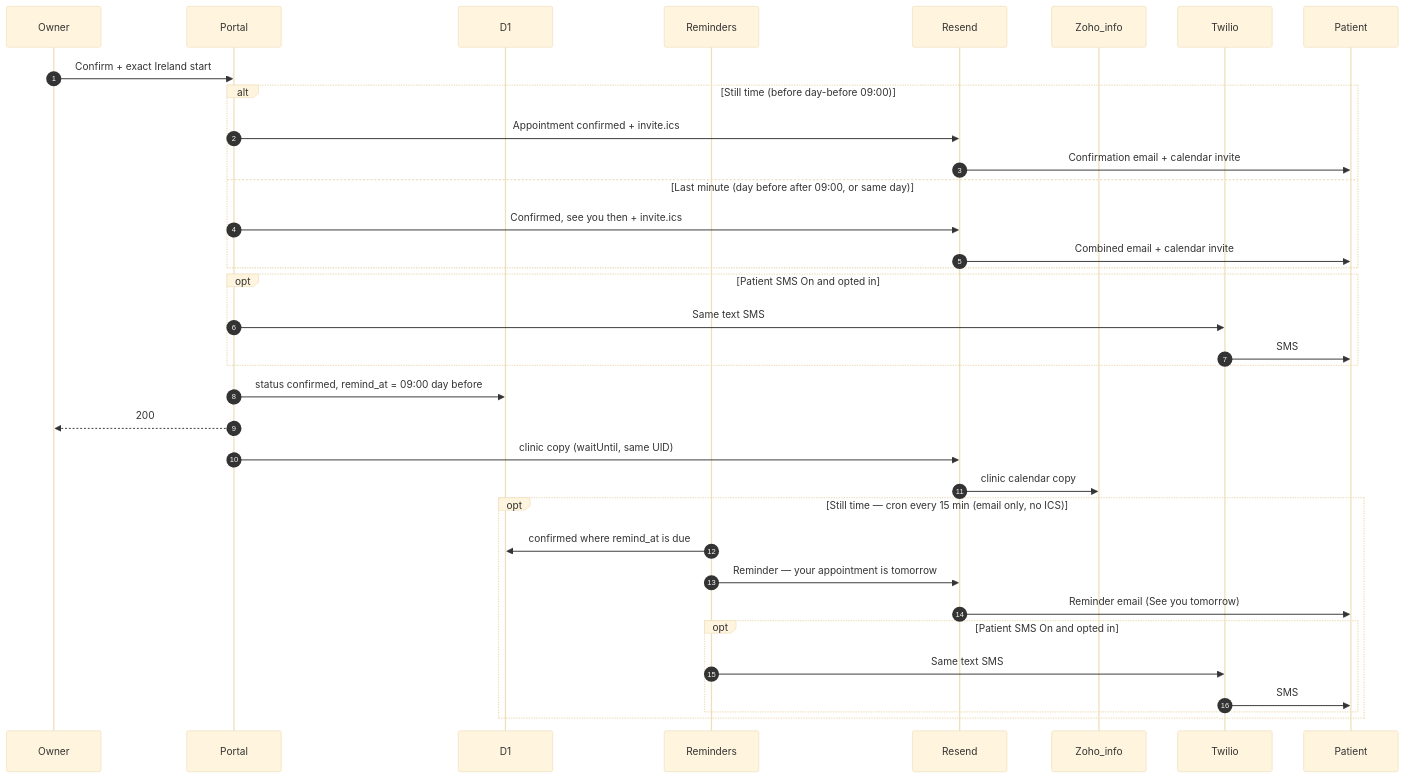
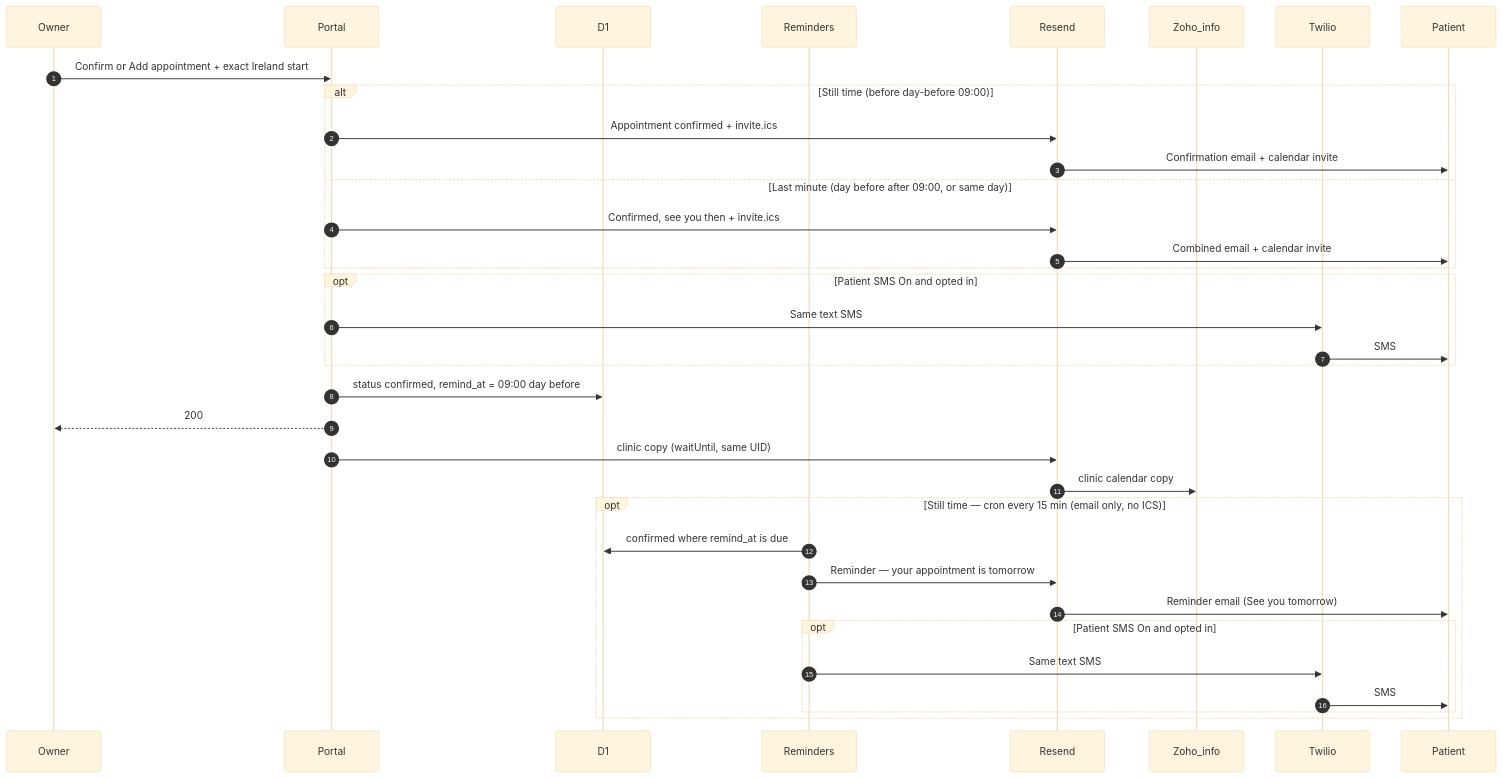
The diagram in docs/booking-sequence-confirm.mmd (hbacalso1229/wellness-needles), drawn with Mermaid (base theme) before and after one commit. The commit also changed 15 other files, not shown here.

```diff
--- a/docs/booking-sequence-confirm.mmd
+++ b/docs/booking-sequence-confirm.mmd
@@ -1,36 +1,36 @@
 sequenceDiagram
   autonumber
   participant Owner
   participant Portal
   participant D1
   participant Reminders
   participant Resend
   participant Zoho_info
   participant Twilio
   participant Patient
 
-  Owner->>Portal: Confirm + exact Ireland start
+  Owner->>Portal: Confirm or Add appointment + exact Ireland start
   alt Still time (before day-before 09:00)
     Portal->>Resend: Appointment confirmed + invite.ics
     Resend->>Patient: Confirmation email + calendar invite
   else Last minute (day before after 09:00, or same day)
     Portal->>Resend: Confirmed, see you then + invite.ics
     Resend->>Patient: Combined email + calendar invite
   end
   opt Patient SMS On and opted in
     Portal->>Twilio: Same text SMS
     Twilio->>Patient: SMS
   end
   Portal->>D1: status confirmed, remind_at = 09:00 day before
   Portal-->>Owner: 200
   Portal->>Resend: clinic copy (waitUntil, same UID)
   Resend->>Zoho_info: clinic calendar copy
   opt Still time — cron every 15 min (email only, no ICS)
     Reminders->>D1: confirmed where remind_at is due
     Reminders->>Resend: Reminder — your appointment is tomorrow
     Resend->>Patient: Reminder email (See you tomorrow)
     opt Patient SMS On and opted in
       Reminders->>Twilio: Same text SMS
       Twilio->>Patient: SMS
     end
   end
```
